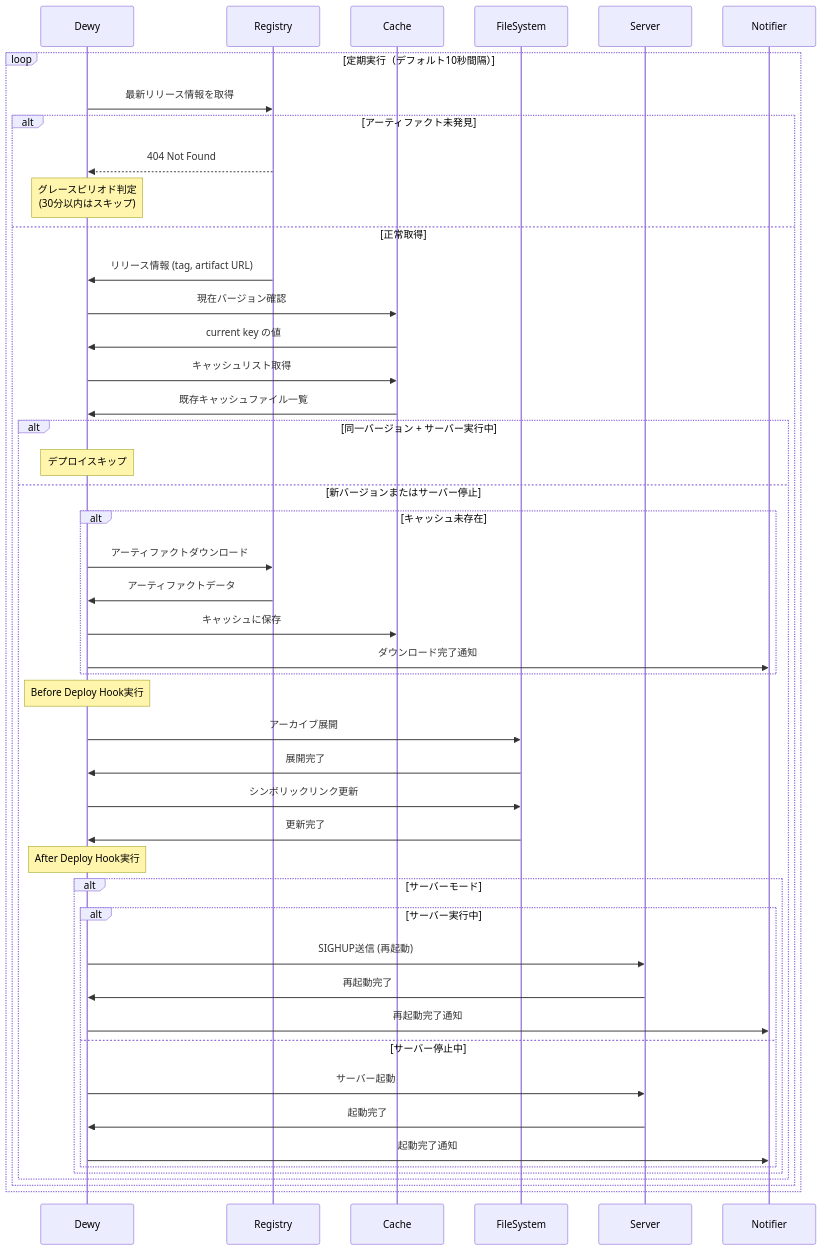
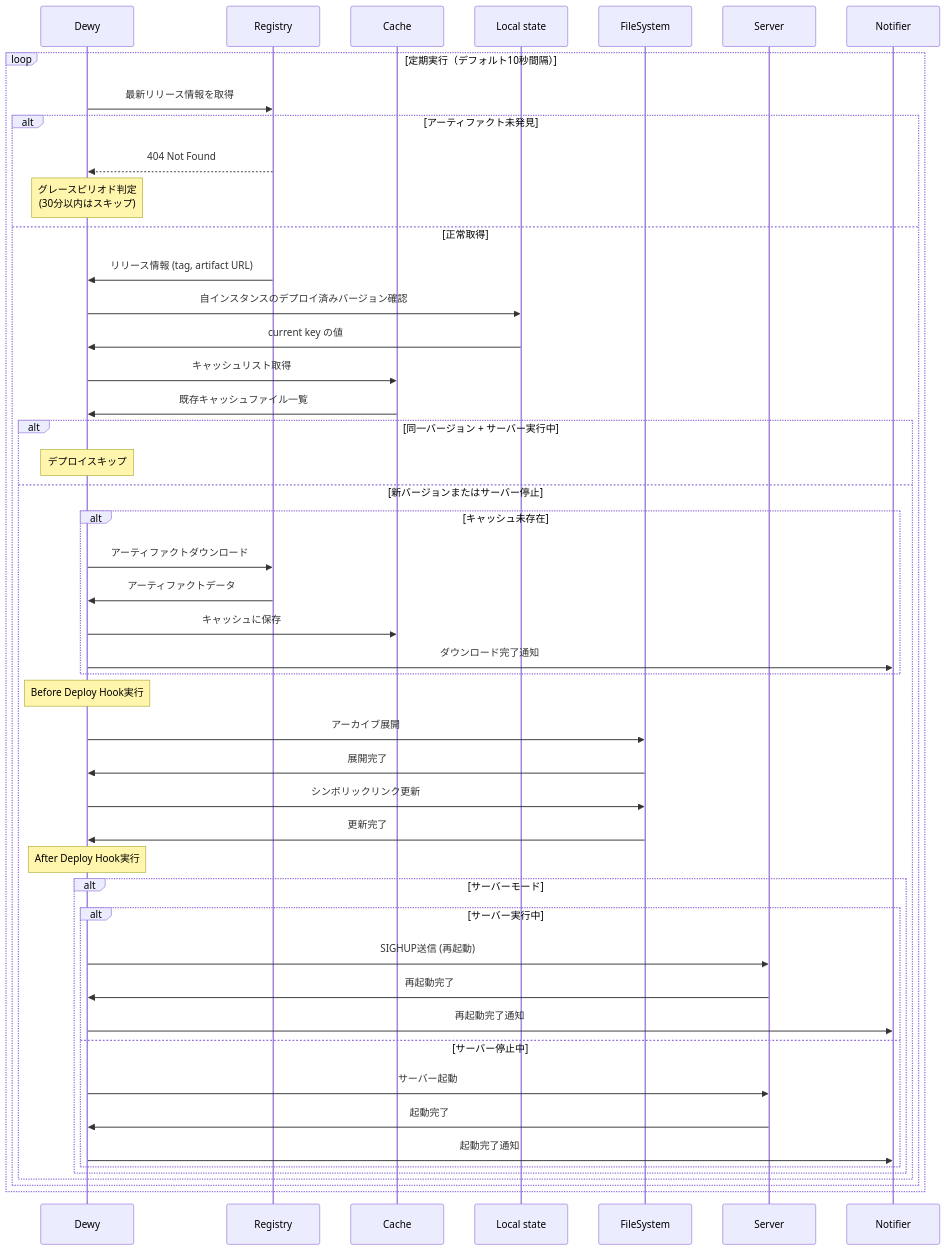
Before and after one commit to linyows/dewy: the first of 3 diagrams in docs/pages/ja/deployment-workflow.md, drawn with Mermaid. The commit also changed other lines of this file and 9 other files, not shown here.

````diff
--- a/docs/pages/ja/deployment-workflow.md
+++ b/docs/pages/ja/deployment-workflow.md
@@ -21,53 +21,54 @@
 ```mermaid
 sequenceDiagram
     participant D as Dewy
     participant R as Registry
     participant C as Cache
+    participant L as Local state
     participant F as FileSystem
     participant S as Server
     participant N as Notifier
 
     loop 定期実行（デフォルト10秒間隔）
         D->>R: 最新リリース情報を取得
         alt アーティファクト未発見
             R-->>D: 404 Not Found
             note over D: グレースピリオド判定<br/>(30分以内はスキップ)
         else 正常取得
             R->>D: リリース情報 (tag, artifact URL)
-            D->>C: 現在バージョン確認
-            C->>D: current key の値
+            D->>L: 自インスタンスのデプロイ済みバージョン確認
+            L->>D: current key の値
             D->>C: キャッシュリスト取得
             C->>D: 既存キャッシュファイル一覧
 
             alt 同一バージョン + サーバー実行中
                 note over D: デプロイスキップ
             else 新バージョンまたはサーバー停止
                 alt キャッシュ未存在
                     D->>R: アーティファクトダウンロード
                     R->>D: アーティファクトデータ
                     D->>C: キャッシュに保存
                     D->>N: ダウンロード完了通知
                 end
 
                 note over D: Before Deploy Hook実行
                 D->>F: アーカイブ展開
                 F->>D: 展開完了
                 D->>F: シンボリックリンク更新
                 F->>D: 更新完了
                 note over D: After Deploy Hook実行
 
                 alt サーバーモード
                     alt サーバー実行中
                         D->>S: SIGHUP送信 (再起動)
                         S->>D: 再起動完了
                         D->>N: 再起動完了通知
                     else サーバー停止中
                         D->>S: サーバー起動
                         S->>D: 起動完了
                         D->>N: 起動完了通知
                     end
                 end
             end
         end
     end
 ```
````
